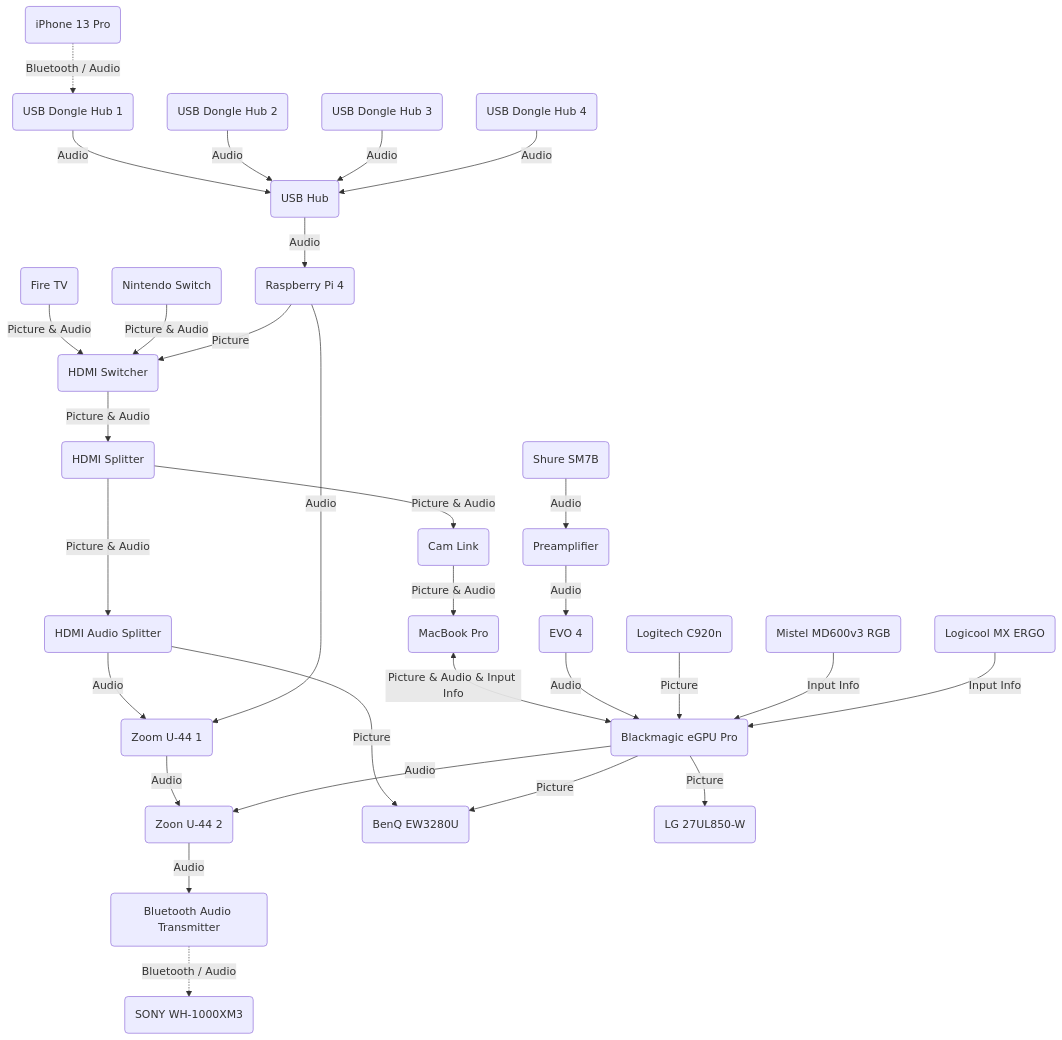
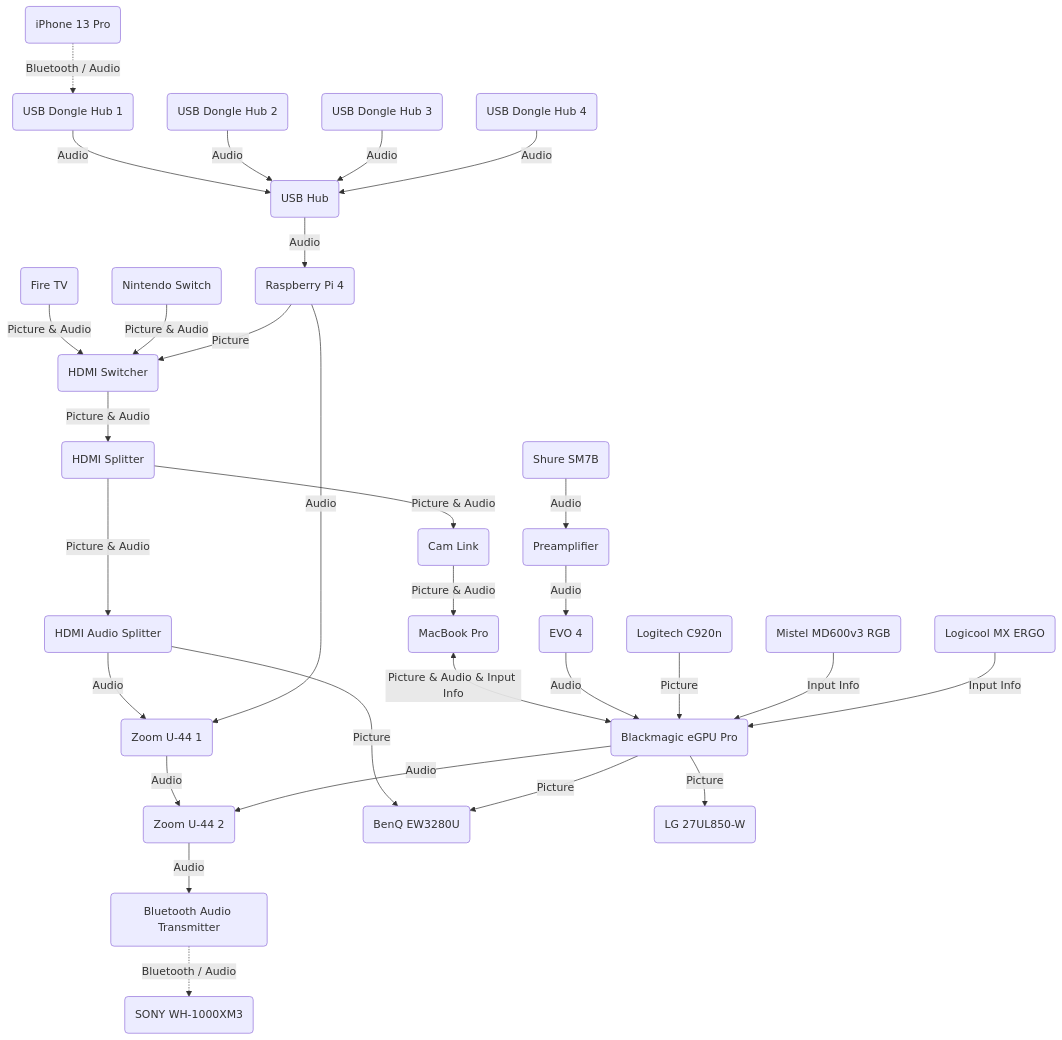
One commit to noraworld/blog changed the diagram in _posts/2022-04-01-peripheral-equipments.md. Above: the diagram before and after it, drawn with Mermaid.

Commit message:
誤植修正

````diff
--- a/_posts/2022-04-01-peripheral-equipments.md
+++ b/_posts/2022-04-01-peripheral-equipments.md
@@ -13,76 +13,76 @@
 ```mermaid
 flowchart TD
     %% Begin elements part
     firetv(Fire TV)
     switch(Nintendo Switch)
 
     pi(Raspberry Pi 4)
     pi_usb_hub(USB Hub)
     pi_usb_dongle_hub_1(USB Dongle Hub 1)
     pi_usb_dongle_hub_2(USB Dongle Hub 2)
     pi_usb_dongle_hub_3(USB Dongle Hub 3)
     pi_usb_dongle_hub_4(USB Dongle Hub 4)
 
     hdmi_switcher(HDMI Switcher)
     audio_splitter(HDMI Audio Splitter)
     hdmi_splitter(HDMI Splitter)
 
     usb_dac1(Zoom U-44 1)
-    usb_dac2(Zoon U-44 2)
+    usb_dac2(Zoom U-44 2)
 
     transmitter(Bluetooth Audio Transmitter)
     headphone(SONY WH-1000XM3)
 
     mac(MacBook Pro)
     egpu(Blackmagic eGPU Pro)
 
     audio_interface(EVO 4)
     preamplifier(Preamplifier)
     microphone(Shure SM7B)
     capture_card(Cam Link)
     camera(Logitech C920n)
     keyboard(Mistel MD600v3 RGB)
     mouse(Logicool MX ERGO)
     monitor1(BenQ EW3280U)
     monitor2(LG 27UL850-W)
 
     iphone(iPhone 13 Pro)
     %% End elements part
 
 
 
     %% Begin connections part
     firetv -- Picture & Audio --> hdmi_switcher
     switch -- Picture & Audio --> hdmi_switcher
     pi -- Picture --> hdmi_switcher
 
     hdmi_switcher -- Picture & Audio --> hdmi_splitter
     hdmi_splitter -- Picture & Audio --> audio_splitter
     hdmi_splitter -- Picture & Audio --> capture_card
     audio_splitter -- Picture --> monitor1
     audio_splitter -- Audio --> usb_dac1
 
     usb_dac1 -- Audio --> usb_dac2
     pi -- Audio --> usb_dac1
     usb_dac2 -- Audio --> transmitter
     egpu -- Audio --> usb_dac2
     pi_usb_hub -- Audio --> pi
     transmitter -. Bluetooth / Audio .-> headphone
 
     mac <-- Picture & Audio & Input Info --> egpu
     audio_interface -- Audio --> egpu
     preamplifier -- Audio --> audio_interface
     microphone -- Audio --> preamplifier
     camera -- Picture --> egpu
     keyboard -- Input Info --> egpu
     mouse -- Input Info --> egpu
     egpu -- Picture --> monitor1
     egpu -- Picture --> monitor2
     capture_card -- Picture & Audio --> mac
 
     iphone -. Bluetooth / Audio .-> pi_usb_dongle_hub_1 -- Audio --> pi_usb_hub
     pi_usb_dongle_hub_2 -- Audio --> pi_usb_hub
     pi_usb_dongle_hub_3 -- Audio --> pi_usb_hub
     pi_usb_dongle_hub_4 -- Audio --> pi_usb_hub
     %% End connections part
 ```
````
